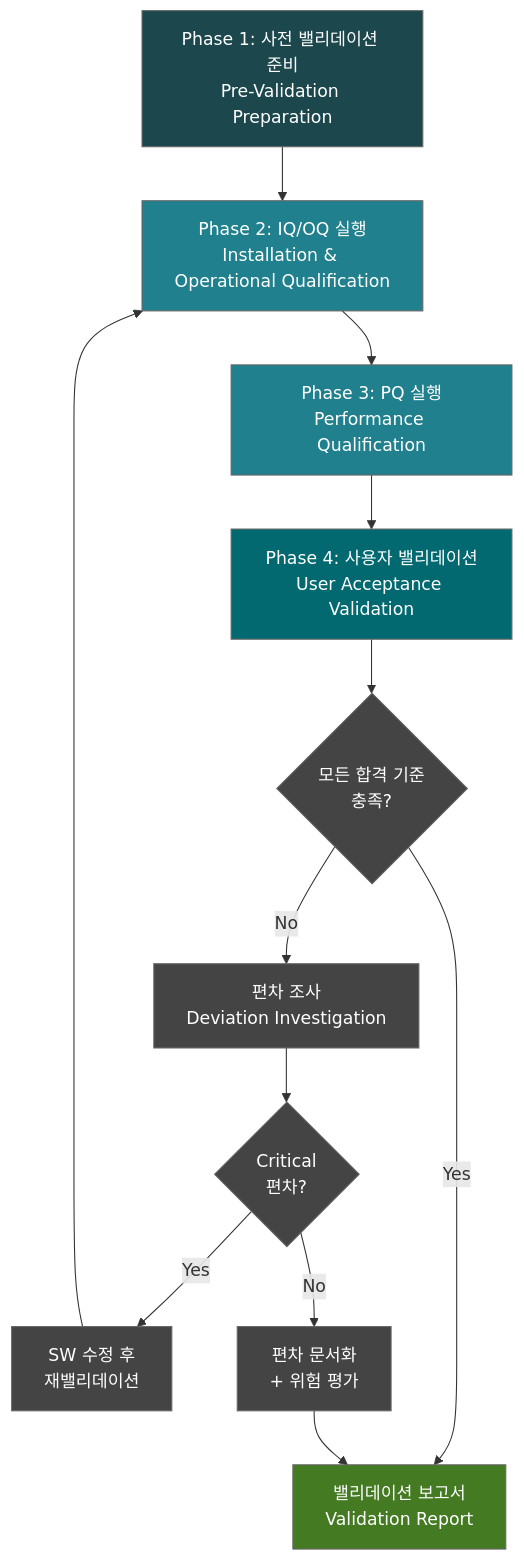
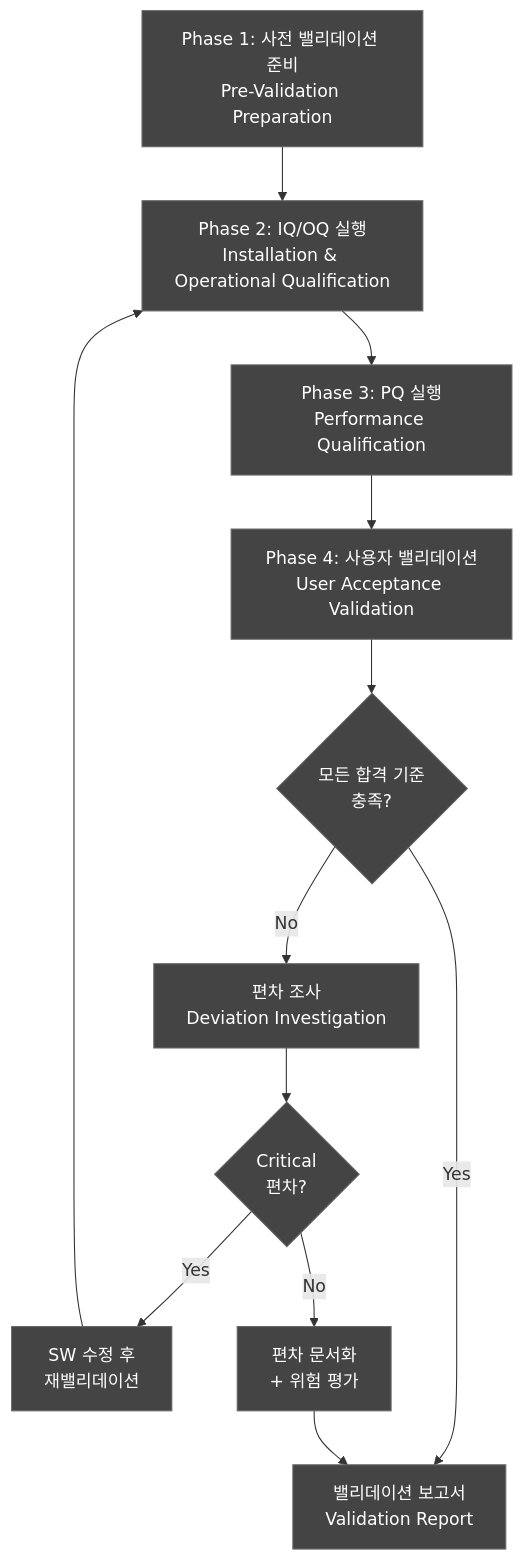
One commit to holee9/console-gui changed the second of 8 diagrams in docs/verification/DOC-015_ValidationPlan_v1.0.md. Above: the diagram before and after it, drawn with Mermaid. The commit also changed other lines of this file and 35 other files, not shown here.

First line of the commit message:
fix: 전체 Mermaid 차트 색상 진한 회색 통일

````diff
--- a/docs/verification/DOC-015_ValidationPlan_v1.0.md
+++ b/docs/verification/DOC-015_ValidationPlan_v1.0.md
@@ -118,21 +118,21 @@
 ```mermaid
 flowchart TD
     classDef default fill:#444,stroke:#666,color:#fff
     A[Phase 1: 사전 밸리데이션 준비<br/>Pre-Validation Preparation] --> B[Phase 2: IQ/OQ 실행<br/>Installation & Operational Qualification]
     B --> C[Phase 3: PQ 실행<br/>Performance Qualification]
     C --> D[Phase 4: 사용자 밸리데이션<br/>User Acceptance Validation]
     D --> E{모든 합격 기준<br/>충족?}
     E -->|Yes| F[밸리데이션 보고서<br/>Validation Report]
     E -->|No| G[편차 조사<br/>Deviation Investigation]
     G --> H{Critical<br/>편차?}
     H -->|Yes| I[SW 수정 후<br/>재밸리데이션]
     H -->|No| J[편차 문서화<br/>+ 위험 평가]
     I --> B
     J --> F
     
-    style A fill:#1B474D,color:#fff
-    style B fill:#20808D,color:#fff
-    style C fill:#20808D,color:#fff
-    style D fill:#01696F,color:#fff
-    style F fill:#437A22,color:#fff
+    style A fill:#444,color:#fff
+    style B fill:#444,color:#fff
+    style C fill:#444,color:#fff
+    style D fill:#444,color:#fff
+    style F fill:#444,color:#fff
 ```
````
